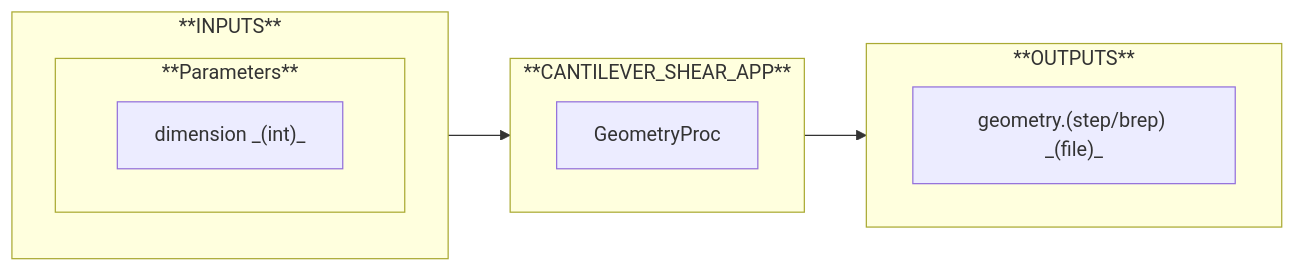
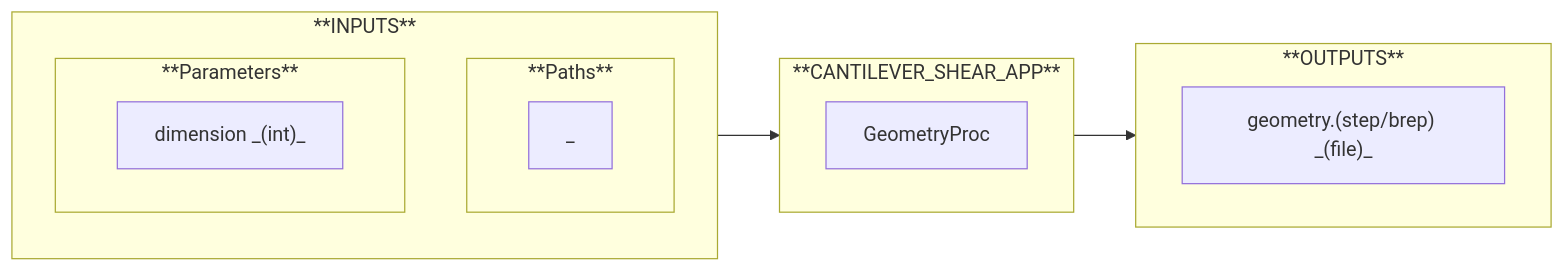
The fifth of 6 diagrams in src/labs/apps/cms/CANTILEVER_SHEAR_APP/README.md (nuremics/nuremics-labs), drawn with Mermaid before and after one commit. The commit also changed other lines of this file, not shown here.

````diff
--- a/src/labs/apps/cms/CANTILEVER_SHEAR_APP/README.md
+++ b/src/labs/apps/cms/CANTILEVER_SHEAR_APP/README.md
@@ -71,24 +107,29 @@
 ```mermaid
 flowchart LR
   subgraph **INPUTS**
     direction TB
+
+    subgraph **Paths**
+      direction LR
+      path["_"]
+    end
 
     subgraph **Parameters**
       direction LR
       param1["dimension _(int)_"]
     end
   end
 
   subgraph **CANTILEVER_SHEAR_APP**
     direction RL
     proc1["GeometryProc"]
   end
 
   subgraph **OUTPUTS**
     direction RL
     out1["geometry.(step/brep) _(file)_"]
   end
 
   **INPUTS** --> proc1
   proc1 --> **OUTPUTS**
 ```
````
